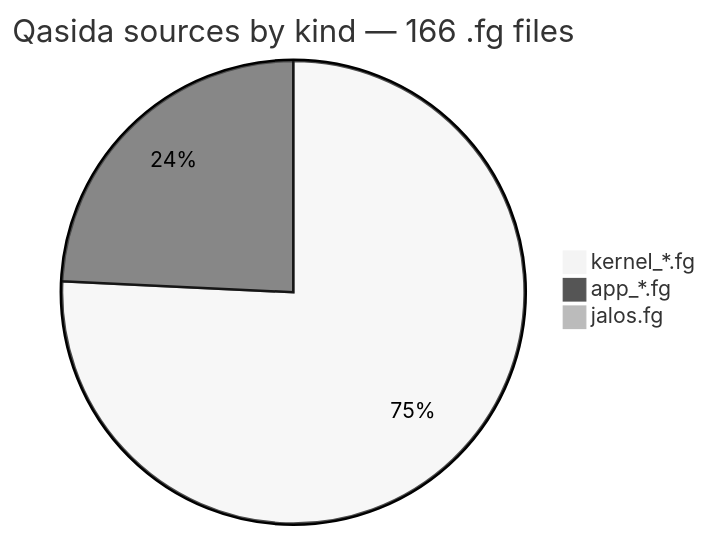
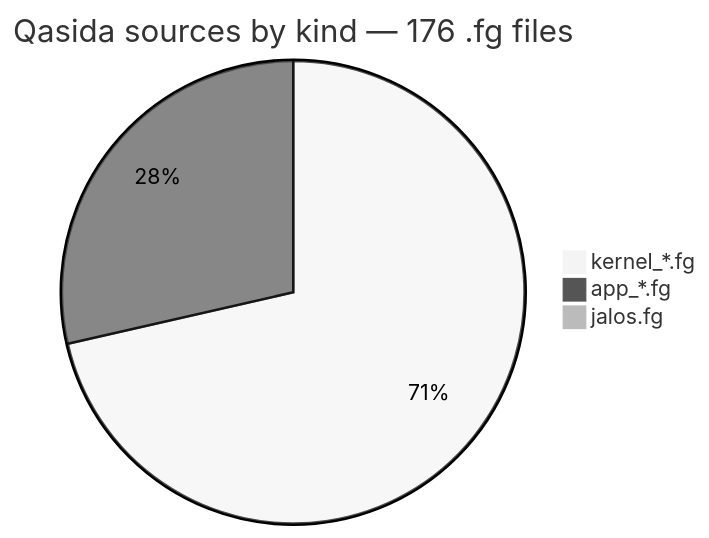
The third of 3 diagrams in README.md (themythofsisyphusjayant/MOON-OS), drawn with Mermaid (neutral theme) before and after one commit. The commit also changed other lines of this file and 4 other files, not shown here.

````diff
--- a/README.md
+++ b/README.md
@@ -87,6 +87,6 @@
 ```mermaid
-pie title Qasida sources by kind — 166 .fg files
+pie title Qasida sources by kind — 176 .fg files
     "kernel_*.fg" : 125
-    "app_*.fg" : 40
+    "app_*.fg" : 50
     "jalos.fg" : 1
 ```
````
